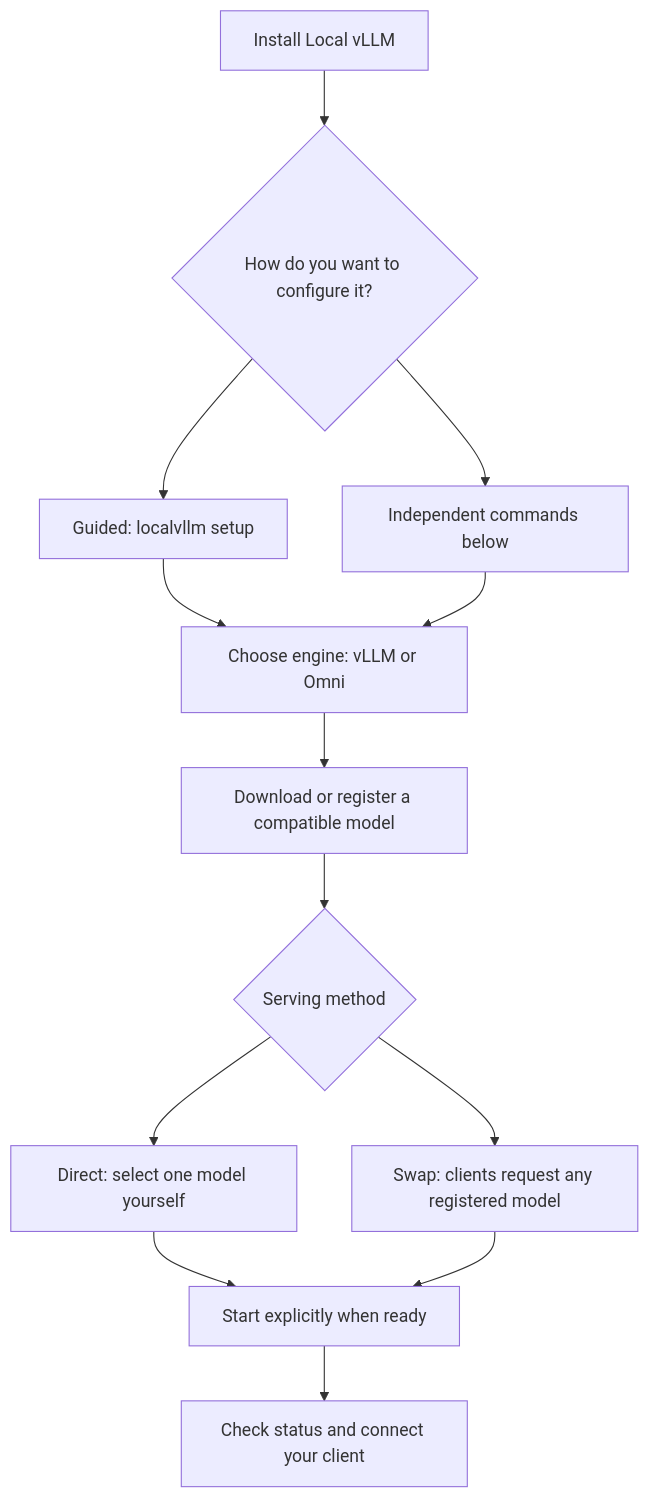
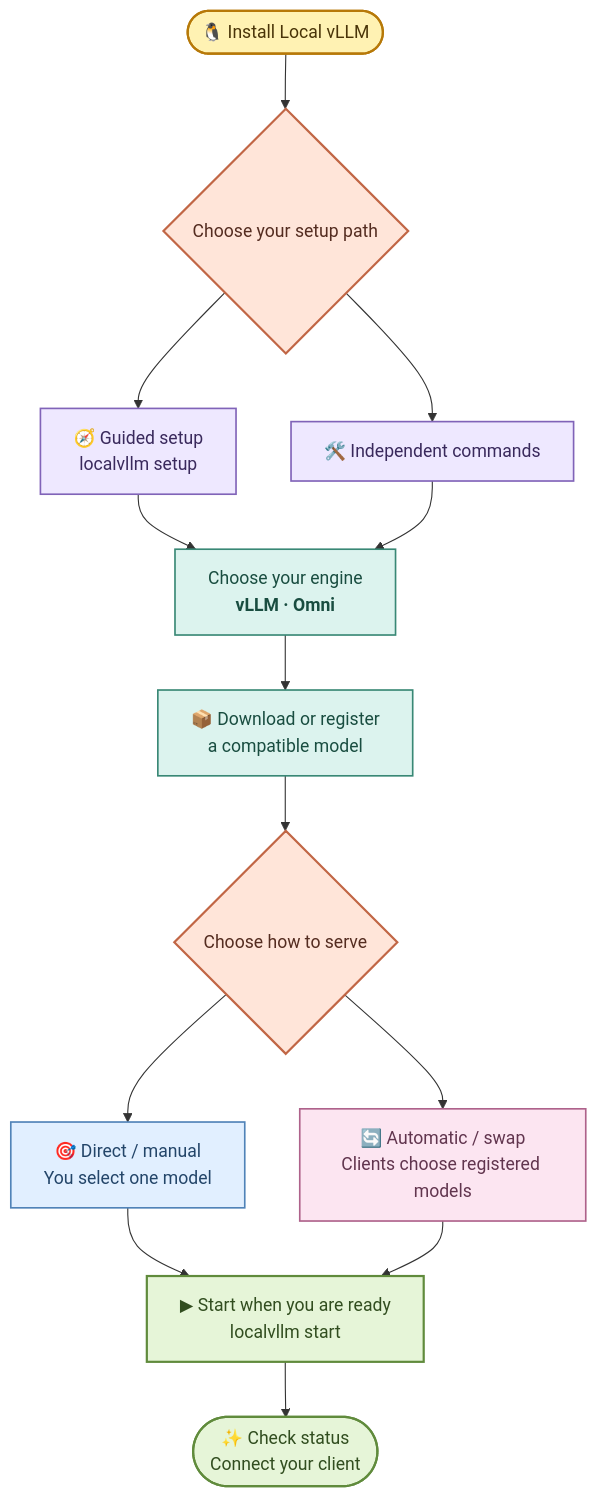
The diagram in README.md (hossbit/local-ai-server-vllm), drawn with Mermaid before and after one commit.

Commit message:
Brighten README workflow diagram with friendly colors and labels

````diff
--- a/README.md
+++ b/README.md
@@ -80,15 +80,31 @@
 ```mermaid
 flowchart TD
-    A[Install Local vLLM] --> B{How do you want to configure it?}
-    B --> C[Guided: localvllm setup]
-    B --> D[Independent commands below]
-    C --> E[Choose engine: vLLM or Omni]
+    A(["🐧 Install Local vLLM"]) --> B{"Choose your setup path"}
+    B --> C["🧭 Guided setup<br/>localvllm setup"]
+    B --> D["🛠️ Independent commands"]
+    C --> E["Choose your engine<br/><b>vLLM · Omni</b>"]
     D --> E
-    E --> F[Download or register a compatible model]
-    F --> G{Serving method}
-    G --> H[Direct: select one model yourself]
-    G --> I[Swap: clients request any registered model]
-    H --> J[Start explicitly when ready]
+    E --> F["📦 Download or register<br/>a compatible model"]
+    F --> G{"Choose how to serve"}
+    G --> H["🎯 Direct / manual<br/>You select one model"]
+    G --> I["🔄 Automatic / swap<br/>Clients choose registered models"]
+    H --> J["▶ Start when you are ready<br/>localvllm start"]
     I --> J
-    J --> K[Check status and connect your client]
+    J --> K(["✨ Check status<br/>Connect your client"])
+
+    classDef welcome fill:#fff2b3,stroke:#b77908,color:#493408,stroke-width:2px
+    classDef choice fill:#ffe5d9,stroke:#c16645,color:#542c20,stroke-width:2px
+    classDef setup fill:#eee8ff,stroke:#8063b8,color:#39295c,stroke-width:1.5px
+    classDef model fill:#dcf3ee,stroke:#398875,color:#194d40,stroke-width:1.5px
+    classDef direct fill:#e1efff,stroke:#5083b8,color:#234569,stroke-width:1.5px
+    classDef swap fill:#fce5f1,stroke:#ae628b,color:#61354e,stroke-width:1.5px
+    classDef ready fill:#e6f5d8,stroke:#608b3c,color:#314d1f,stroke-width:2px
+
+    class A welcome
+    class B,G choice
+    class C,D setup
+    class E,F model
+    class H direct
+    class I swap
+    class J,K ready
 ```
````
